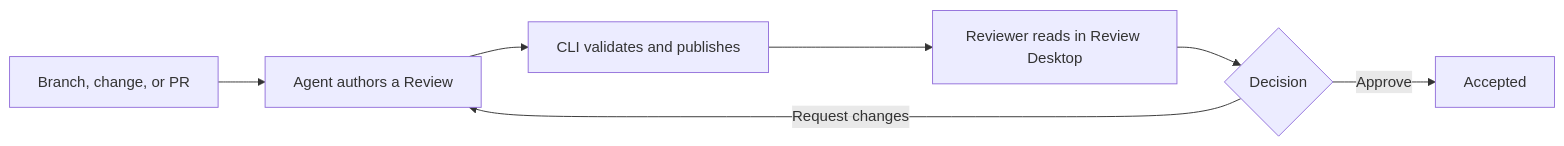
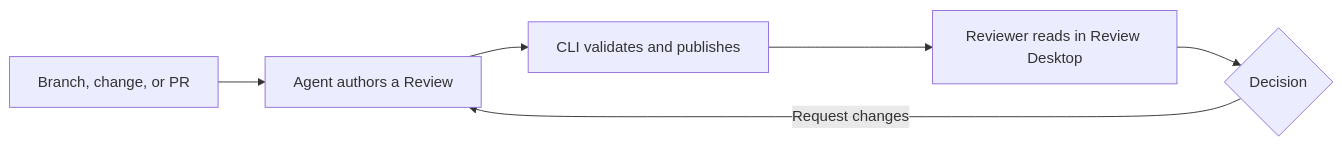
Before and after one commit to devdotfast/review: the diagram in docs/how-review-works.md, drawn with Mermaid. The commit also changed other lines of this file and 1 other file, not shown here.

Commit message:
Refine review and privacy docs

````diff
--- a/docs/how-review-works.md
+++ b/docs/how-review-works.md
@@ -16,9 +15,8 @@
 ```mermaid
 flowchart LR
   A[Branch, change, or PR] --> B[Agent authors a Review]
   B --> C[CLI validates and publishes]
   C --> D[Reviewer reads in Review Desktop]
   D --> E{Decision}
   E -->|Request changes| B
-  E -->|Approve| F[Accepted]
 ```
````
